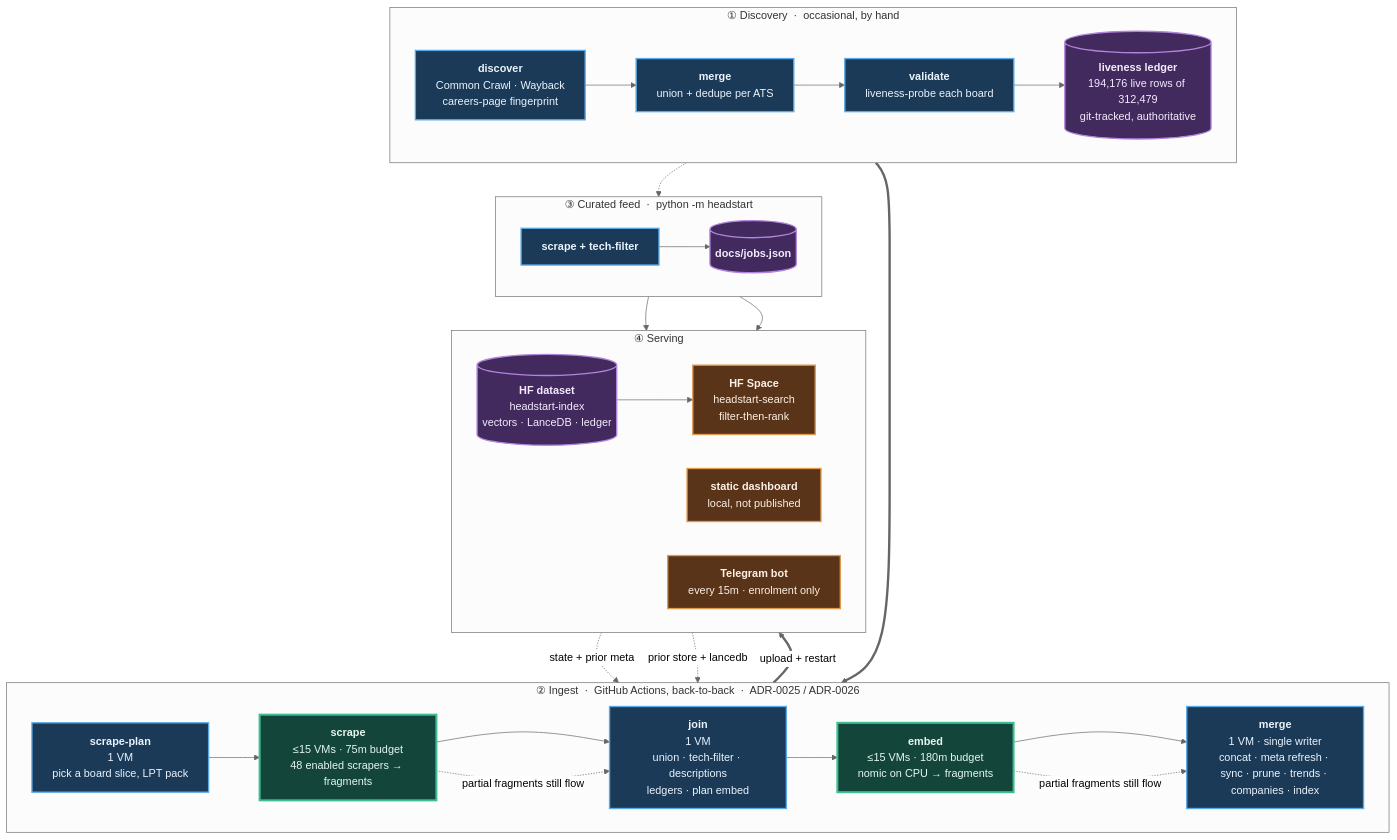
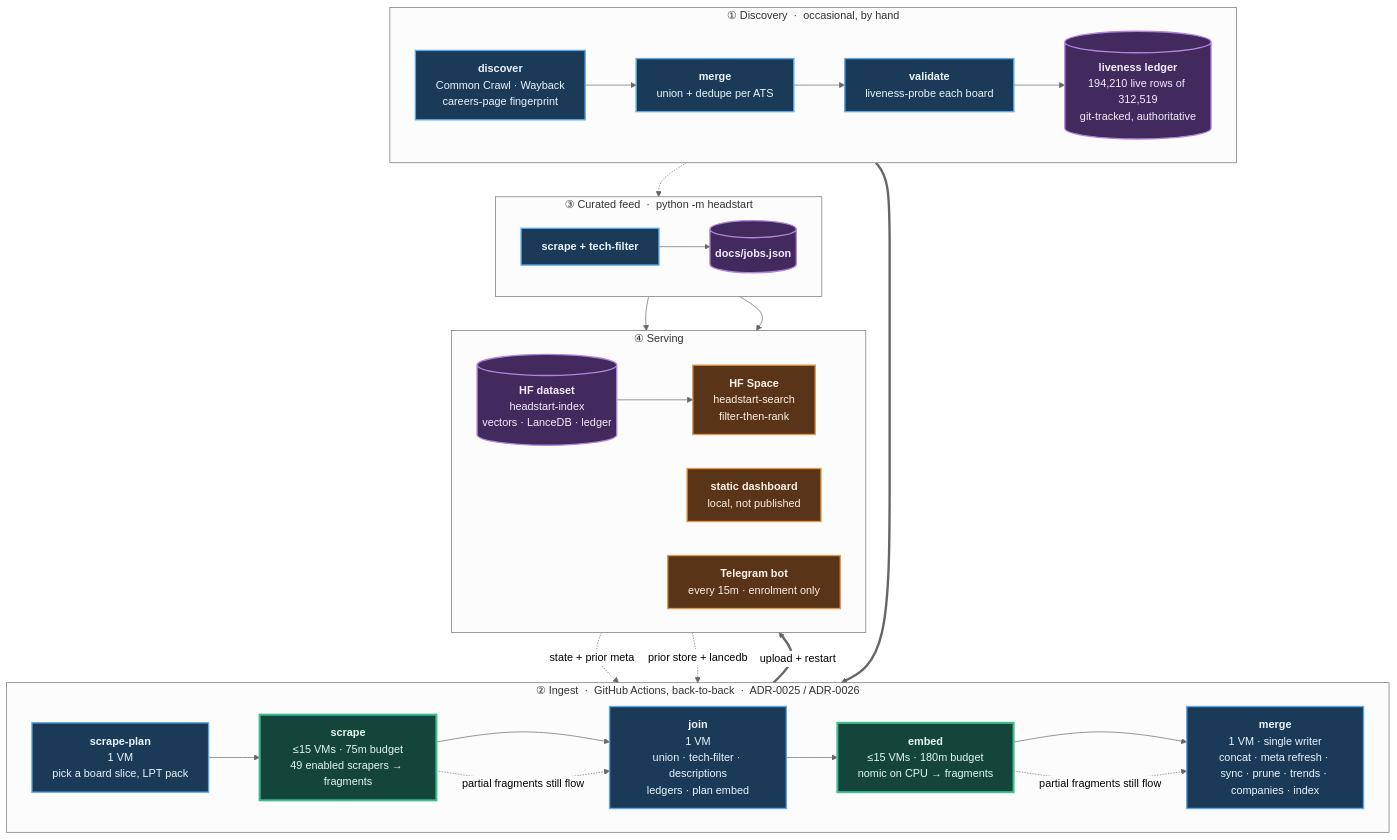
Before and after one commit to sarthakjain004/headstart: the diagram in README.md, drawn with Mermaid (neutral theme). The commit also changed other lines of this file and 20 other files, not shown here.

````diff
--- a/README.md
+++ b/README.md
@@ -183,56 +184,56 @@
 ```mermaid
 flowchart TB
     subgraph D["① Discovery &nbsp;·&nbsp; occasional, by hand"]
         direction LR
         D1["<b>discover</b><br/>Common Crawl · Wayback<br/>careers-page fingerprint"]
         D2["<b>merge</b><br/>union + dedupe per ATS"]
         D3["<b>validate</b><br/>liveness-probe each board"]
-        D4[("<b>liveness ledger</b><br/>194,176 live rows of 312,479<br/>git-tracked, authoritative")]
+        D4[("<b>liveness ledger</b><br/>194,210 live rows of 312,519<br/>git-tracked, authoritative")]
         D1 --> D2 --> D3 --> D4
     end
 
     subgraph P["② Ingest &nbsp;·&nbsp; GitHub Actions, back-to-back &nbsp;·&nbsp; ADR-0025 / ADR-0026"]
         direction LR
         P1["<b>scrape-plan</b><br/>1 VM<br/>pick a board slice, LPT pack"]
-        P2["<b>scrape</b><br/>≤15 VMs · 75m budget<br/>48 enabled scrapers → fragments"]
+        P2["<b>scrape</b><br/>≤15 VMs · 75m budget<br/>49 enabled scrapers → fragments"]
         P3["<b>join</b><br/>1 VM<br/>union · tech-filter · descriptions<br/>ledgers · plan embed"]
         P4["<b>embed</b><br/>≤15 VMs · 180m budget<br/>nomic on CPU → fragments"]
         P5["<b>merge</b><br/>1 VM · single writer<br/>concat · meta refresh · sync · prune · trends · companies · index"]
         P1 --> P2 --> P3 --> P4 --> P5
     end
 
     subgraph F["③ Curated feed &nbsp;·&nbsp; python -m headstart"]
         direction LR
         F1["<b>scrape + tech-filter</b>"]
         F2[("<b>docs/jobs.json</b>")]
         F1 --> F2
     end
 
     subgraph S["④ Serving"]
         direction LR
         S1[("<b>HF dataset</b><br/>headstart-index<br/>vectors · LanceDB · ledger")]
         S2["<b>HF Space</b><br/>headstart-search<br/>filter-then-rank"]
         S3["<b>static dashboard</b><br/>local, not published"]
         S4["<b>Telegram bot</b><br/>every 15m · enrolment only"]
         S1 --> S2
     end
 
     D4 ==> P1
     S1 -. "state + prior meta" .-> P1
     S1 -. "prior store + lancedb" .-> P5
     D4 -.-> F1
     P5 ==>|"upload + restart"| S1
     F2 --> S3
     F2 --> S4
     P2 -. "partial fragments still flow" .-> P3
     P4 -. "partial fragments still flow" .-> P5
 
     classDef serial fill:#1b3a57,stroke:#5aa9e6,stroke-width:2px,color:#eaf4fc
     classDef fan fill:#14453a,stroke:#3fbf8f,stroke-width:3px,color:#e4f7f0
     classDef store fill:#42295e,stroke:#b184dd,stroke-width:2px,color:#f4ecfc
     classDef serve fill:#5a3418,stroke:#e09a4f,stroke-width:2px,color:#fbf1e6
     class D1,D2,D3,P1,P3,P5,F1 serial
     class P2,P4 fan
     class D4,F2,S1 store
     class S2,S3,S4 serve
 ```
````
